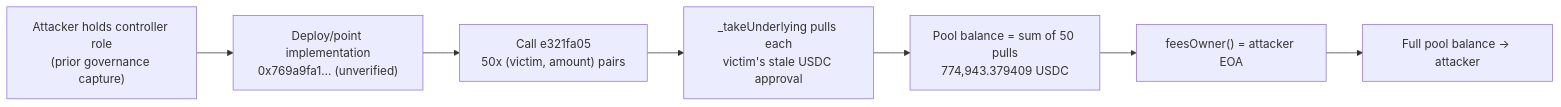
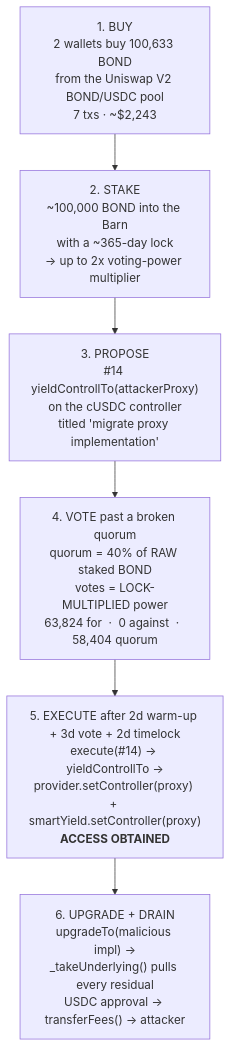
Before and after one commit to sanbir/evm-hack-registry: the first of 2 diagrams in 2026-07-CompoundProvider_exp/CompoundProvider_exp.md, drawn with Mermaid. The commit also changed other lines of this file and 75 other files, not shown here.

````diff
--- a/2026-07-CompoundProvider_exp/CompoundProvider_exp.md
+++ b/2026-07-CompoundProvider_exp/CompoundProvider_exp.md
@@ -360,9 +26,10 @@
 ```mermaid
-flowchart LR
-    A["Attacker holds controller role<br/>(prior governance capture)"] --> B["Deploy/point implementation<br/>0x769a9fa1… (unverified)"]
-    B --> C["Call e321fa05<br/>50x (victim, amount) pairs"]
-    C --> D["_takeUnderlying pulls each<br/>victim's stale USDC approval"]
-    D --> E["Pool balance = sum of 50 pulls<br/>774,943.379409 USDC"]
-    E --> F["feesOwner() = attacker EOA"]
-    F --> G["Full pool balance -> attacker"]
+flowchart TB
+  A["1. BUY<br/>2 wallets buy 100,633 BOND<br/>from the Uniswap V2 BOND/USDC pool<br/>7 txs · ~$2,243"]
+  B["2. STAKE<br/>~100,000 BOND into the Barn<br/>with a ~365-day lock<br/>→ up to 2x voting-power multiplier"]
+  C["3. PROPOSE<br/>#14 yieldControllTo(attackerProxy)<br/>on the cUSDC controller<br/>titled 'migrate proxy implementation'"]
+  D["4. VOTE past a broken quorum<br/>quorum = 40% of RAW staked BOND<br/>votes = LOCK-MULTIPLIED power<br/>63,824 for  ·  0 against  ·  58,404 quorum"]
+  E["5. EXECUTE after 2d warm-up + 3d vote + 2d timelock<br/>execute(#14) → yieldControllTo →<br/>provider.setController(proxy) + smartYield.setController(proxy)<br/><b>ACCESS OBTAINED</b>"]
+  F["6. UPGRADE + DRAIN<br/>upgradeTo(malicious impl) →<br/>_takeUnderlying() pulls every residual<br/>USDC approval → transferFees() → attacker"]
+  A --> B --> C --> D --> E --> F
 ```
````
